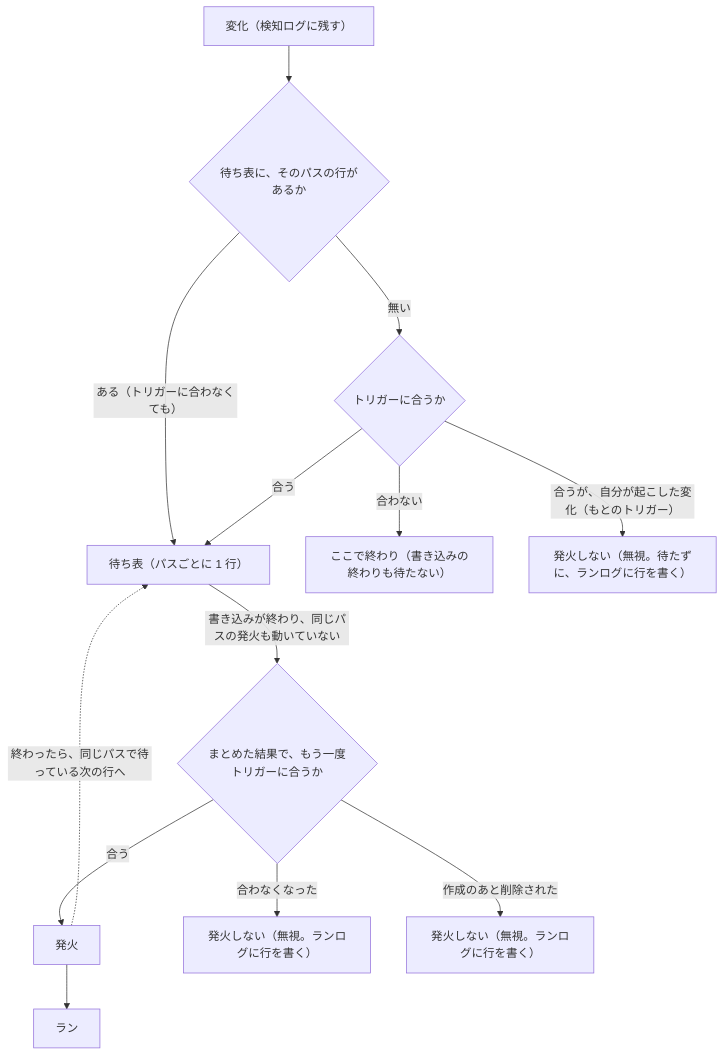
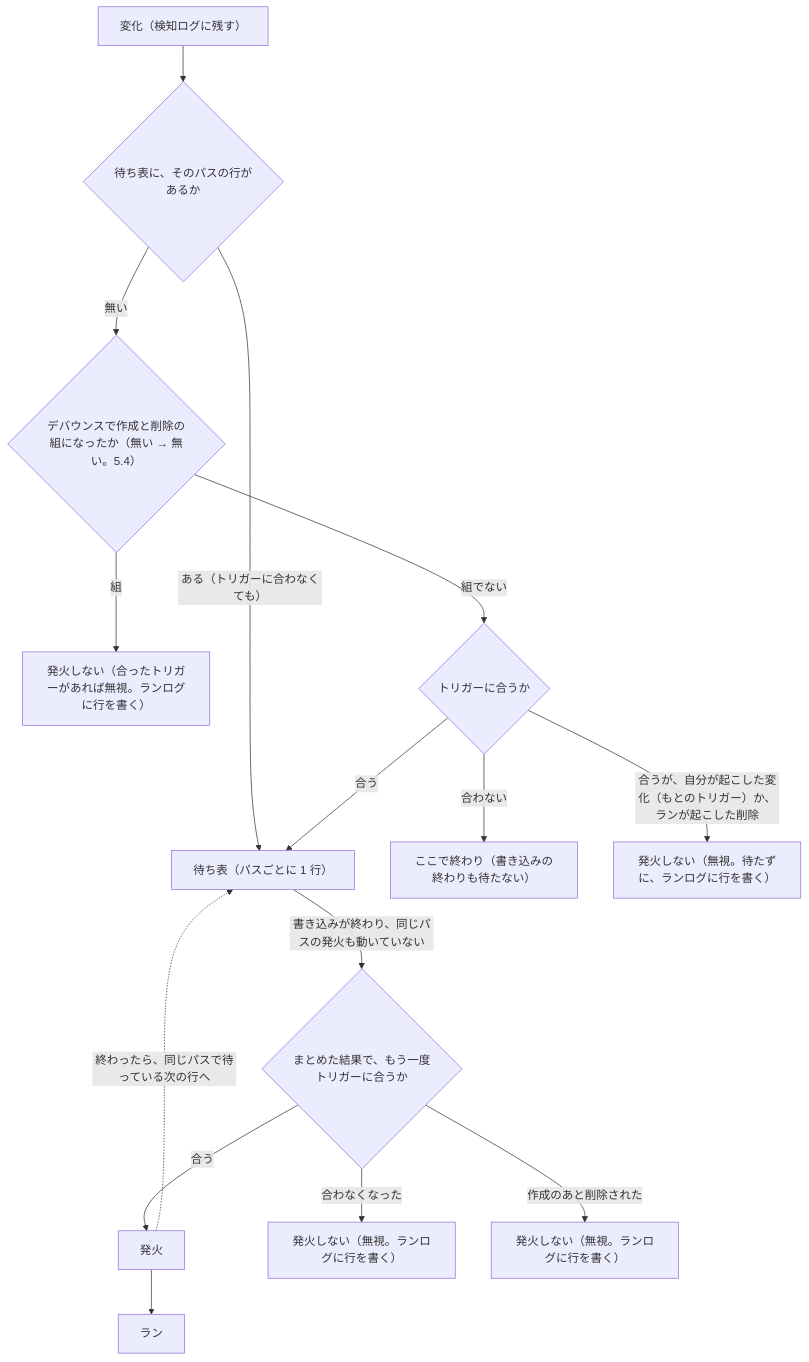
One commit to capypara20/Foxonar changed the fourth of 4 diagrams in docs/design.ja.md. Above: the diagram before and after it, drawn with Mermaid. The commit also changed other lines of this file and 3 other files, not shown here.

````diff
--- a/docs/design.ja.md
+++ b/docs/design.ja.md
@@ -490,15 +500,17 @@
 ```mermaid
 flowchart TD
   change["変化（検知ログに残す）"] --> row{"待ち表に、そのパスの行があるか"}
   row -->|ある（トリガーに合わなくても）| pending
-  row -->|無い| match{"トリガーに合うか"}
+  row -->|無い| pair{"デバウンスで作成と削除の組になったか（無い → 無い。5.4）"}
+  pair -->|組| pairign["発火しない（合ったトリガーがあれば無視。ランログに行を書く）"]
+  pair -->|組でない| match{"トリガーに合うか"}
   match -->|合わない| stop["ここで終わり（書き込みの終わりも待たない）"]
   match -->|合う| pending["待ち表（パスごとに 1 行）"]
-  match -->|合うが、自分が起こした変化（もとのトリガー）| selfign["発火しない（無視。待たずに、ランログに行を書く）"]
+  match -->|合うが、自分が起こした変化（もとのトリガー）か、ランが起こした削除| selfign["発火しない（無視。待たずに、ランログに行を書く）"]
   pending -->|書き込みが終わり、同じパスの発火も動いていない| check{"まとめた結果で、もう一度トリガーに合うか"}
   check -->|合う| firing["発火"]
   check -->|合わなくなった| nofire["発火しない（無視。ランログに行を書く）"]
   check -->|作成のあと削除された| ignore["発火しない（無視。ランログに行を書く）"]
   firing --> run["ラン"]
   firing -.->|終わったら、同じパスで待っている次の行へ| pending
 ```
````
